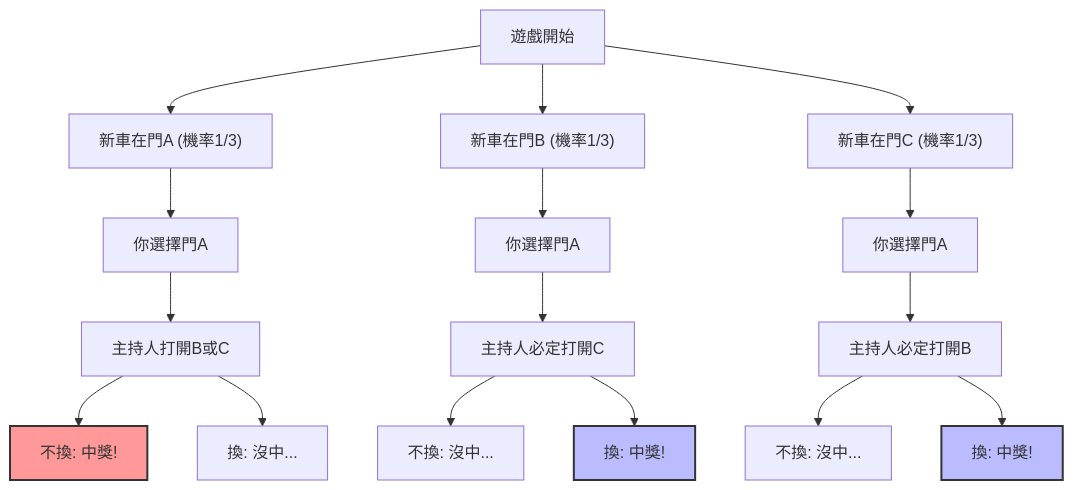
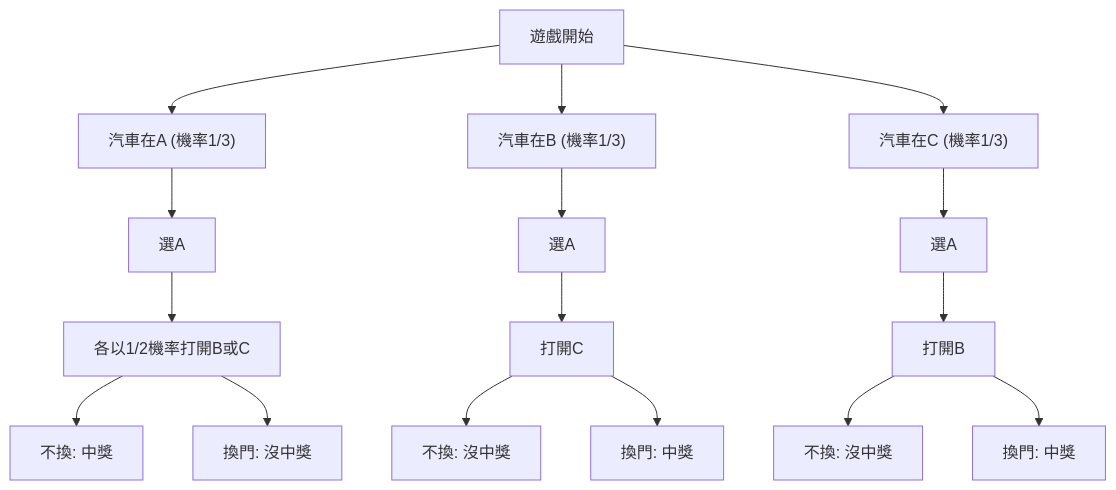
One commit to kenjinote/blog changed the first of 2 diagrams in content/post/モンティ・ホール問題/index.zh-tw.md. Above: the diagram before and after it, drawn with Mermaid. The commit also changed other lines of this file and 8 other files, not shown here.

````diff
--- a/content/post/モンティ・ホール問題/index.zh-tw.md
+++ b/content/post/モンティ・ホール問題/index.zh-tw.md
@@ -44,27 +52,18 @@
 ```mermaid
 graph TD
-    Start["遊戲開始"] --> CarA["新車在門A (機率1/3)"]
-    Start --> CarB["新車在門B (機率1/3)"]
-    Start --> CarC["新車在門C (機率1/3)"]
-
-    CarA --> PickA1["你選擇門A"]
-    CarB --> PickA2["你選擇門A"]
-    CarC --> PickA3["你選擇門A"]
-
-    PickA1 --> HostB_or_C["主持人打開B或C"]
-    PickA2 --> HostC["主持人必定打開C"]
-    PickA3 --> HostB["主持人必定打開B"]
-
-    HostB_or_C --> Stay1["不換: 中獎!"]
-    HostB_or_C --> Switch1["換: 沒中..."]
-
-    HostC --> Stay2["不換: 沒中..."]
-    HostC --> Switch2["換: 中獎!"]
-
-    HostB --> Stay3["不換: 沒中..."]
-    HostB --> Switch3["換: 中獎!"]
-
-    style Switch2 fill:#bbf,stroke:#333,stroke-width:2px
-    style Switch3 fill:#bbf,stroke:#333,stroke-width:2px
-    style Stay1 fill:#f99,stroke:#333,stroke-width:2px
+    Start["遊戲開始"] --> CarA["汽車在A (機率1/3)"]
+    Start --> CarB["汽車在B (機率1/3)"]
+    Start --> CarC["汽車在C (機率1/3)"]
+    CarA --> PickA1["選A"]
+    CarB --> PickA2["選A"]
+    CarC --> PickA3["選A"]
+    PickA1 --> HostB_or_C["各以1/2機率打開B或C"]
+    PickA2 --> HostC["打開C"]
+    PickA3 --> HostB["打開B"]
+    HostB_or_C --> Stay1["不換: 中獎"]
+    HostB_or_C --> Switch1["換門: 沒中獎"]
+    HostC --> Stay2["不換: 沒中獎"]
+    HostC --> Switch2["換門: 中獎"]
+    HostB --> Stay3["不換: 沒中獎"]
+    HostB --> Switch3["換門: 中獎"]
 ```
````
